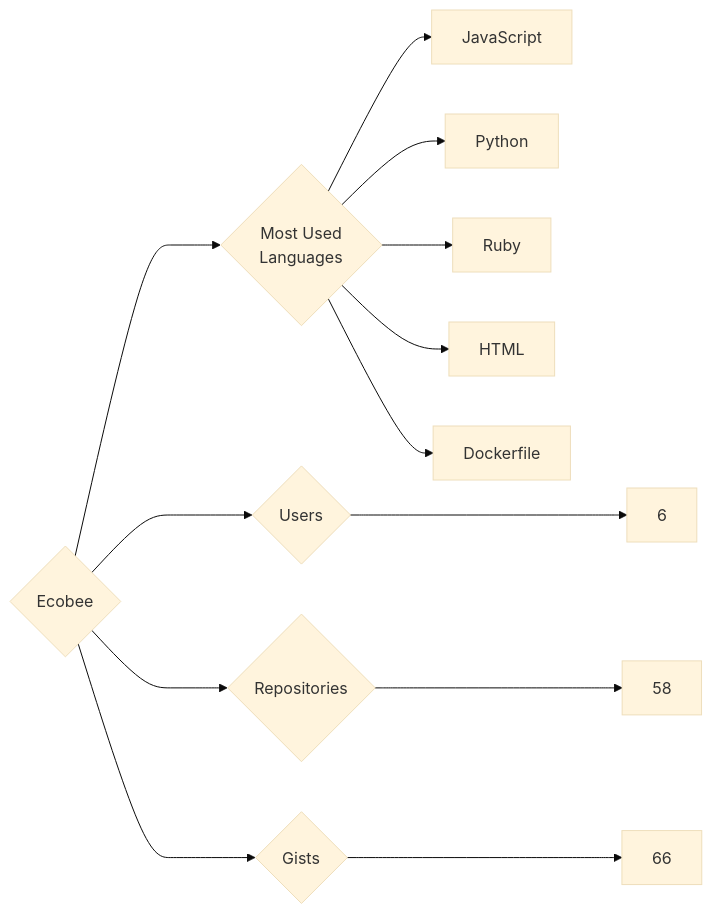
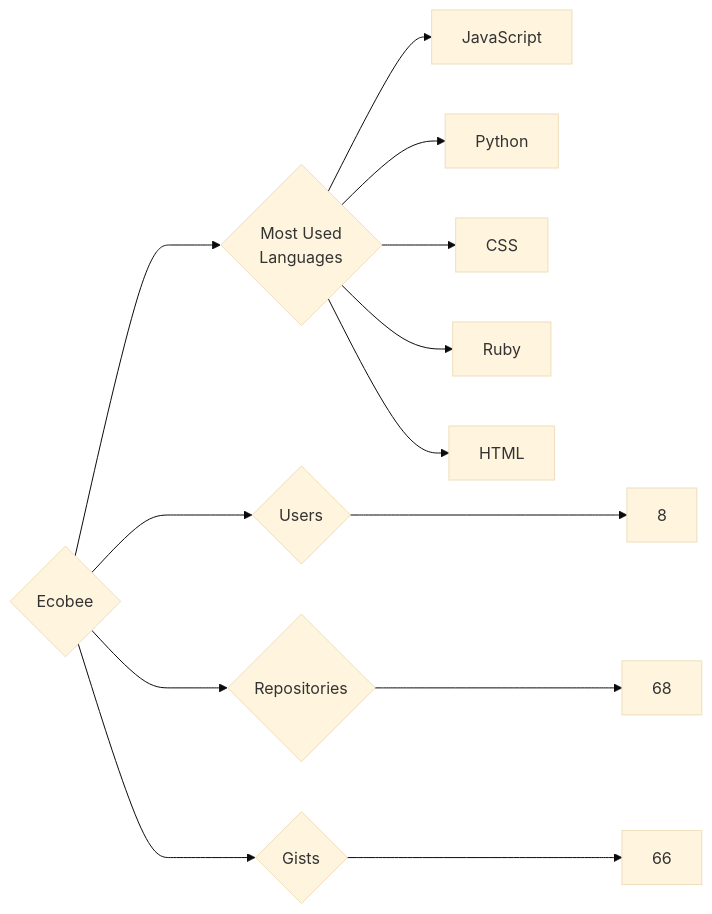
One commit to trickest/insiders changed the diagram in targets/Ecobee/README.md. Above: the diagram before and after it, drawn with Mermaid (base theme). The commit also changed 1055 other files, not shown here.

````diff
--- a/targets/Ecobee/README.md
+++ b/targets/Ecobee/README.md
@@ -3,13 +3,13 @@
 ```mermaid
 graph LR
 COMPANY_NAME{Ecobee}
-COMPANY_NAME ---> U{Users} ---> UN[6]
-COMPANY_NAME ---> R{Repositories} ---> RN[58]
+COMPANY_NAME ---> U{Users} ---> UN[8]
+COMPANY_NAME ---> R{Repositories} ---> RN[68]
 COMPANY_NAME ---> G{Gists} ---> GN[66]
 COMPANY_NAME ---> ML{Most Used<br>Languages}
 ML --> JavaScript[JavaScript]
 ML --> Python[Python]
+ML --> CSS[CSS]
 ML --> Ruby[Ruby]
 ML --> HTML[HTML]
-ML --> Dockerfile[Dockerfile]
 ```
````
